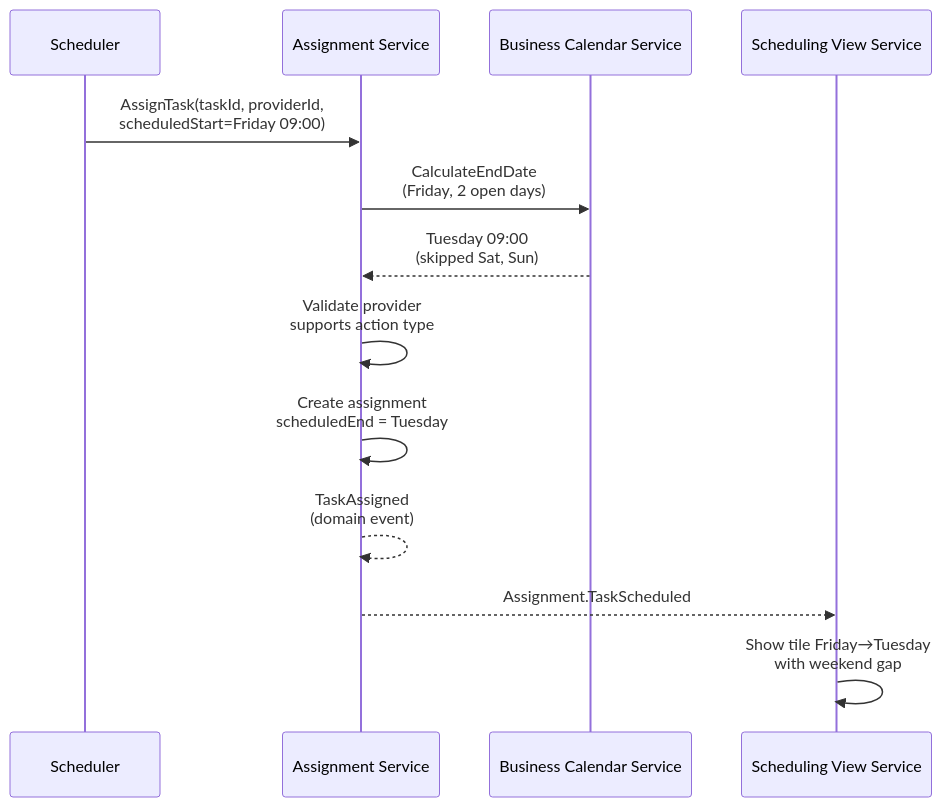
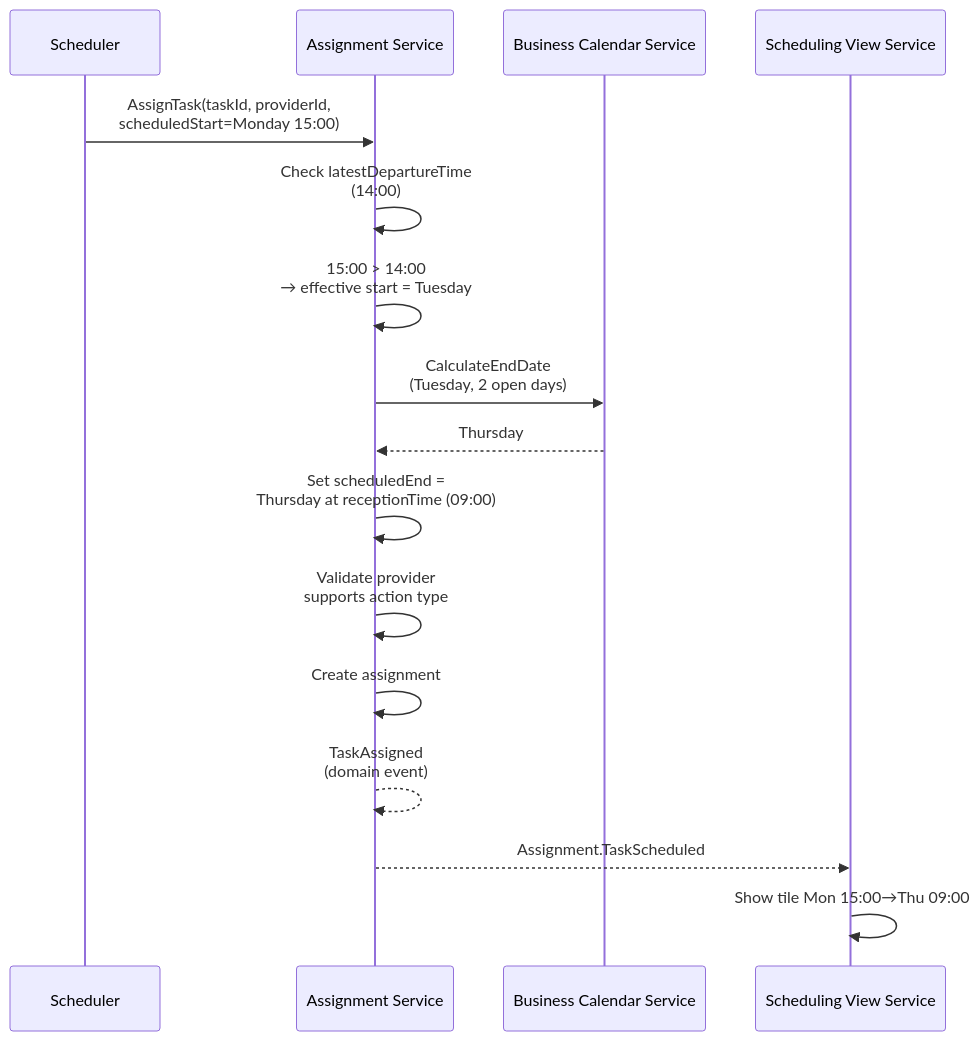
Before and after one commit to ikadar/ewlin: the seventh of 11 diagrams in docs/architecture/sequence-design.md, drawn with Mermaid. The commit also changed other lines of this file and 7 other files, not shown here.

````diff
--- a/docs/architecture/sequence-design.md
+++ b/docs/architecture/sequence-design.md
@@ -386,16 +393,19 @@
 ```mermaid
 sequenceDiagram
     participant Scheduler
     participant Assignment as Assignment Service
     participant Calendar as Business Calendar Service
     participant View as Scheduling View Service
 
-    Scheduler->>Assignment: AssignTask(taskId, providerId,<br>scheduledStart=Friday 09:00)
-    Assignment->>Calendar: CalculateEndDate<br>(Friday, 2 open days)
-    Calendar-->>Assignment: Tuesday 09:00<br>(skipped Sat, Sun)
+    Scheduler->>Assignment: AssignTask(taskId, providerId,<br>scheduledStart=Monday 15:00)
+    Assignment->>Assignment: Check latestDepartureTime<br>(14:00)
+    Assignment->>Assignment: 15:00 > 14:00<br>→ effective start = Tuesday
+    Assignment->>Calendar: CalculateEndDate<br>(Tuesday, 2 open days)
+    Calendar-->>Assignment: Thursday
+    Assignment->>Assignment: Set scheduledEnd =<br>Thursday at receptionTime (09:00)
     Assignment->>Assignment: Validate provider<br>supports action type
-    Assignment->>Assignment: Create assignment<br>scheduledEnd = Tuesday
+    Assignment->>Assignment: Create assignment
     Assignment-->>Assignment: TaskAssigned<br>(domain event)
     Assignment-->>View: Assignment.TaskScheduled
-    View->>View: Show tile Friday→Tuesday<br>with weekend gap
+    View->>View: Show tile Mon 15:00→Thu 09:00
 ```
````
